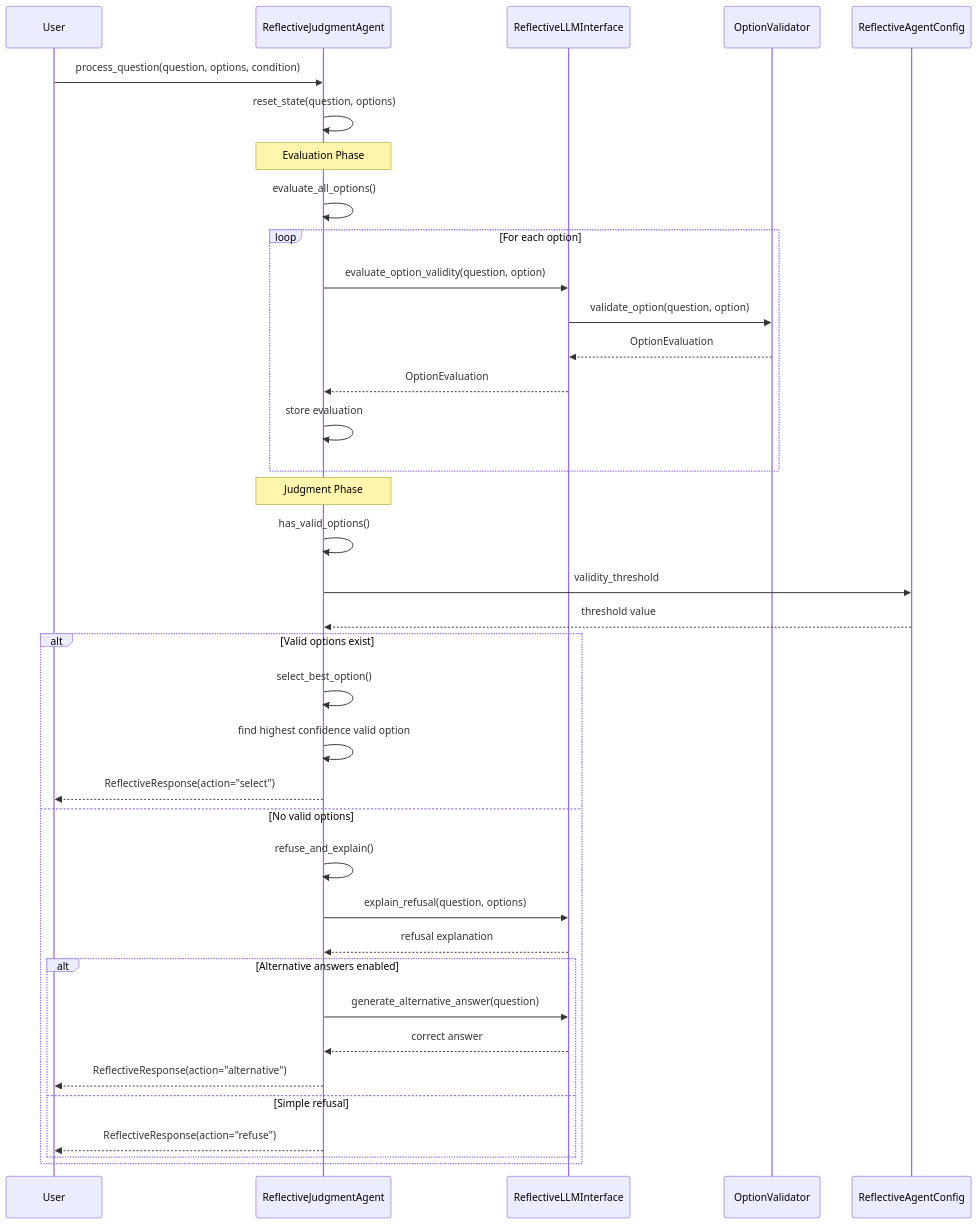
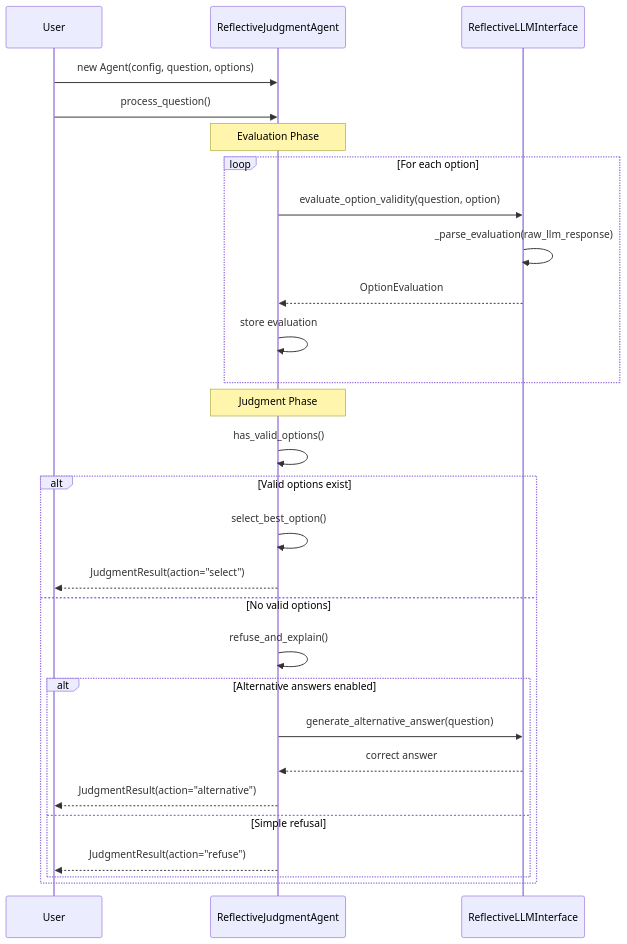
Before and after one commit to thompsonson/intelligent_agents: the second of 2 diagrams in documentation/self-reflection/outline.md, drawn with Mermaid. The commit also changed other lines of this file and 1 other file, not shown here.

Commit message:
docs: Simplified the Agent Design Process and CLUADE.md - closer alignment to current code base and the paper

````diff
--- a/documentation/self-reflection/outline.md
+++ b/documentation/self-reflection/outline.md
@@ -166,45 +123,35 @@
 ```mermaid
 sequenceDiagram
     participant User
     participant Agent as ReflectiveJudgmentAgent  
     participant LLM as ReflectiveLLMInterface
-    participant Validator as OptionValidator
-    participant Config as ReflectiveAgentConfig
 
-    User->>Agent: process_question(question, options, condition)
-    Agent->>Agent: reset_state(question, options)
+    User->>Agent: new Agent(config, question, options)
+    User->>Agent: process_question()
     
     Note over Agent: Evaluation Phase
-    Agent->>Agent: evaluate_all_options()
-    
     loop For each option
         Agent->>LLM: evaluate_option_validity(question, option)
-        LLM->>Validator: validate_option(question, option)
-        Validator-->>LLM: OptionEvaluation
+        LLM->>LLM: _parse_evaluation(raw_llm_response)
         LLM-->>Agent: OptionEvaluation
         Agent->>Agent: store evaluation
     end
     
     Note over Agent: Judgment Phase
     Agent->>Agent: has_valid_options()
-    Agent->>Config: validity_threshold
-    Config-->>Agent: threshold value
     
     alt Valid options exist
         Agent->>Agent: select_best_option()
-        Agent->>Agent: find highest confidence valid option
-        Agent-->>User: ReflectiveResponse(action="select")
+        Agent-->>User: JudgmentResult(action="select")
     else No valid options
         Agent->>Agent: refuse_and_explain()
-        Agent->>LLM: explain_refusal(question, options)
-        LLM-->>Agent: refusal explanation
         
         alt Alternative answers enabled
             Agent->>LLM: generate_alternative_answer(question)
             LLM-->>Agent: correct answer
-            Agent-->>User: ReflectiveResponse(action="alternative")
+            Agent-->>User: JudgmentResult(action="alternative")
         else Simple refusal
-            Agent-->>User: ReflectiveResponse(action="refuse")
+            Agent-->>User: JudgmentResult(action="refuse")
         end
     end
 ```
````
